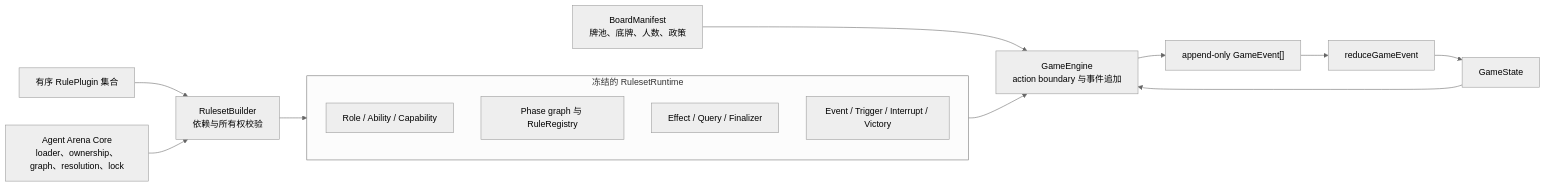
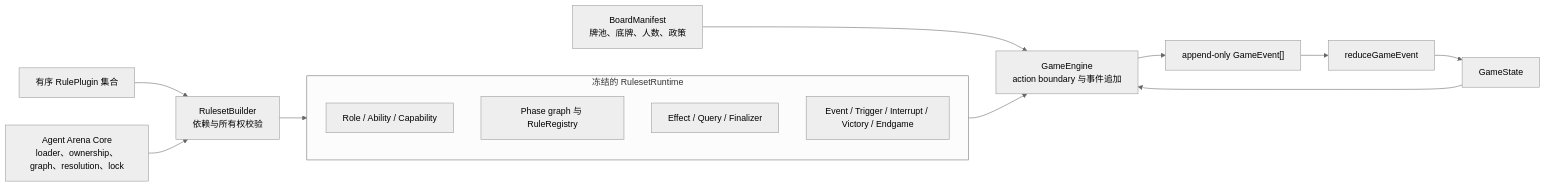
The first of 4 diagrams in docs/architecture/game-runtime.md (renewboy/agentwolf), drawn with Mermaid (neutral theme) before and after one commit. The commit also changed other lines of this file and 74 other files, not shown here.

````diff
--- a/docs/architecture/game-runtime.md
+++ b/docs/architecture/game-runtime.md
@@ -28,29 +29,29 @@
 ```mermaid
 flowchart LR
     Board["BoardManifest<br/>牌池、底牌、人数、政策"]
     Plugins["有序 RulePlugin 集合"]
     Core["Agent Arena Core<br/>loader、ownership、graph、resolution、lock"]
     Builder["RulesetBuilder<br/>依赖与所有权校验"]
 
     subgraph Runtime["冻结的 RulesetRuntime"]
         Roles["Role / Ability / Capability"]
         Phases["Phase graph 与 RuleRegistry"]
         Resolution["Effect / Query / Finalizer"]
-        Signals["Event / Trigger / Interrupt / Victory"]
+        Signals["Event / Trigger / Interrupt / Victory / Endgame"]
     end
 
     Engine["GameEngine<br/>action boundary 与事件追加"]
     Log["append-only GameEvent[]"]
     Reducer["reduceGameEvent"]
     State["GameState"]
 
     Plugins --> Builder
     Core --> Builder
     Builder --> Runtime
     Board --> Engine
     Runtime --> Engine
     State --> Engine
     Engine --> Log
     Log --> Reducer
     Reducer --> State
 ```
````
